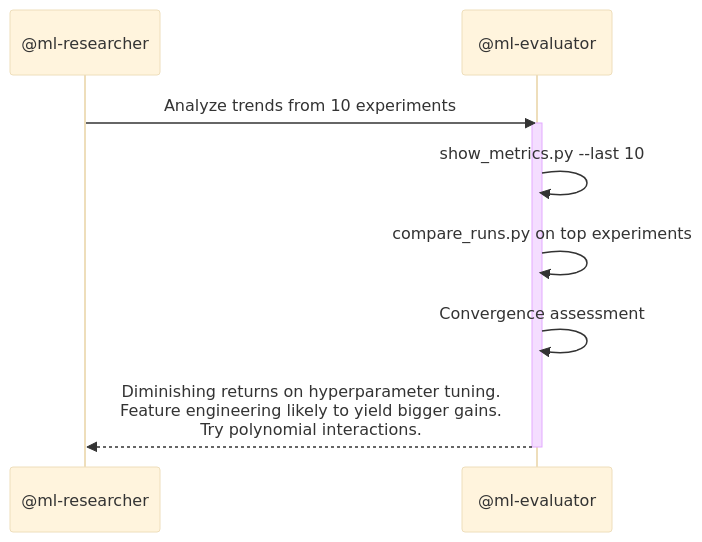
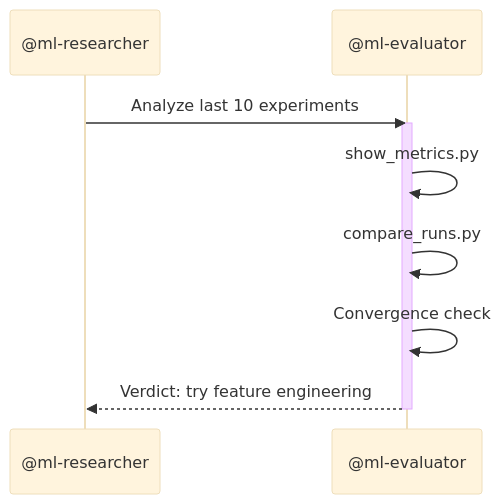
The diagram in docs/architecture/agents.md (ThePyProgrammer/turing), drawn with Mermaid (base theme) before and after one commit.

Commit message:
fix: shorten sequence diagram labels to prevent text overlap

````diff
--- a/docs/architecture/agents.md
+++ b/docs/architecture/agents.md
@@ -140,13 +140,13 @@
 ```mermaid
 sequenceDiagram
     participant R as @ml-researcher
     participant E as @ml-evaluator
 
-    R->>E: Analyze trends from 10 experiments
+    R->>E: Analyze last 10 experiments
     activate E
-    E->>E: show_metrics.py --last 10
-    E->>E: compare_runs.py on top experiments
-    E->>E: Convergence assessment
-    E-->>R: Diminishing returns on hyperparameter tuning.<br/>Feature engineering likely to yield bigger gains.<br/>Try polynomial interactions.
+    E->>E: show_metrics.py
+    E->>E: compare_runs.py
+    E->>E: Convergence check
+    E-->>R: Verdict: try feature engineering
     deactivate E
 ```
````
